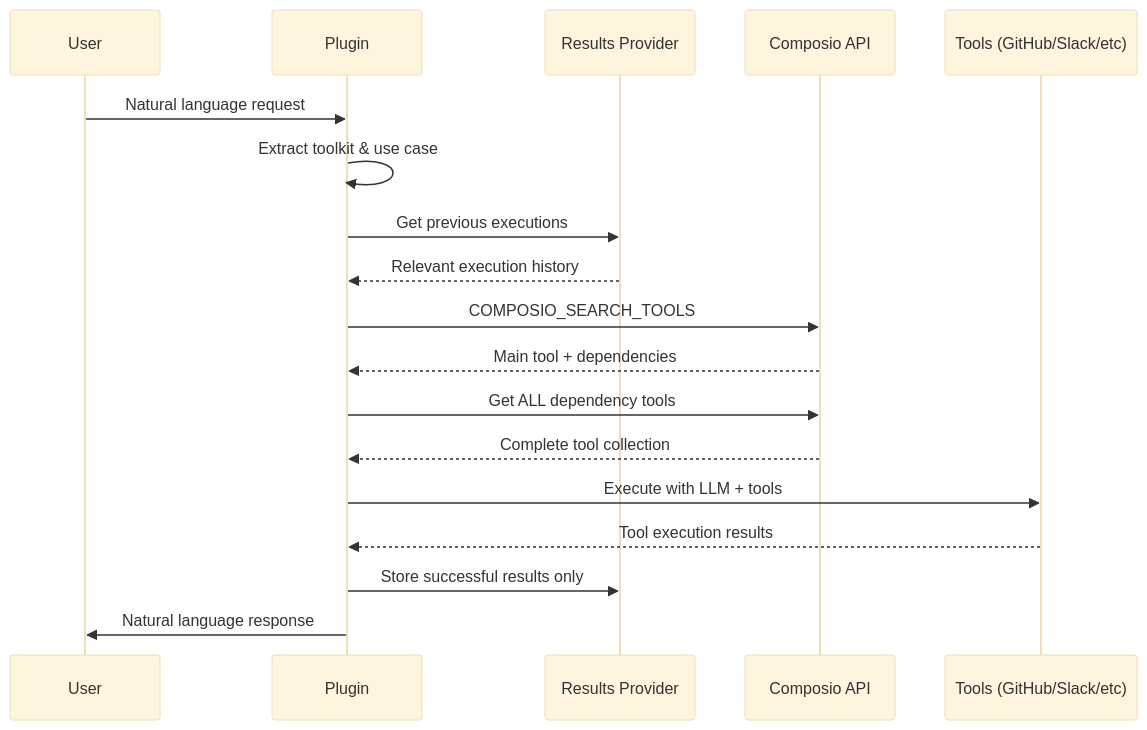
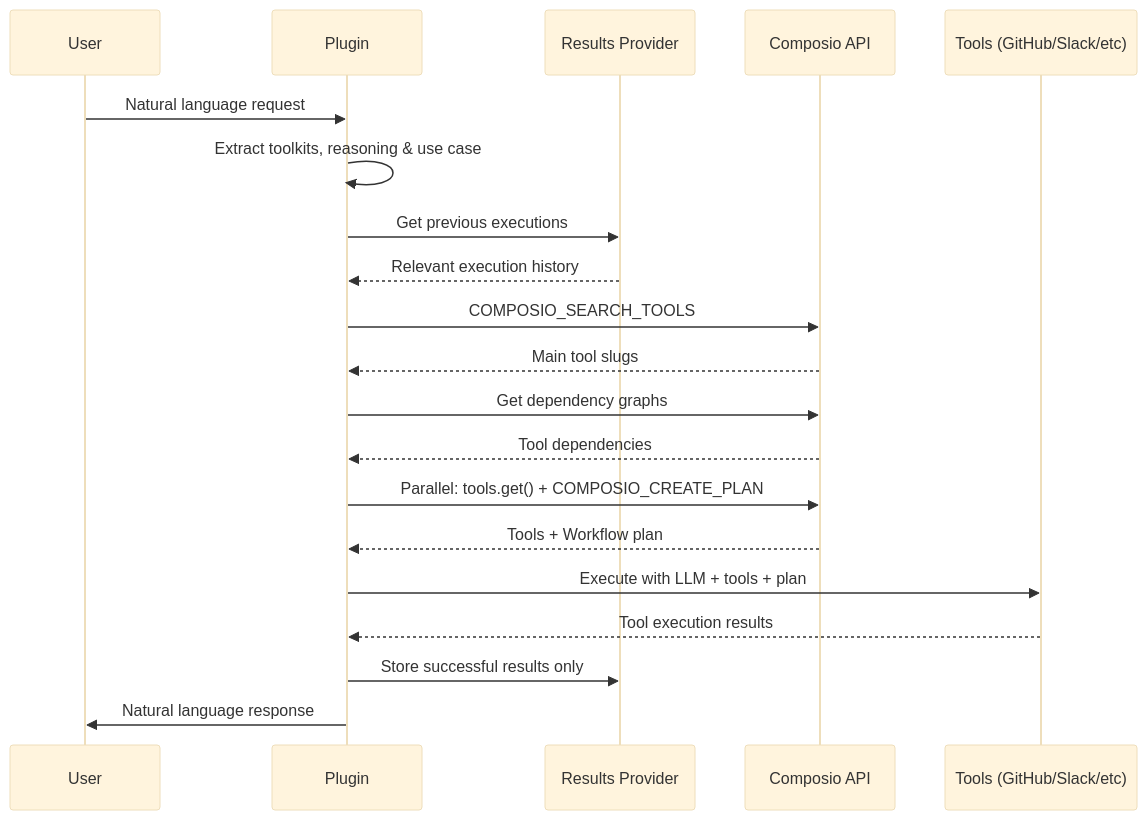
The second of 2 diagrams in README.md (standujar/plugin-composio), drawn with Mermaid (base theme) before and after one commit. The commit also changed other lines of this file and 21 other files, not shown here.

````diff
--- a/README.md
+++ b/README.md
@@ -298,21 +298,23 @@
 ```mermaid
 sequenceDiagram
     participant U as User
     participant P as Plugin
     participant R as Results Provider
     participant C as Composio API
     participant T as Tools (GitHub/Slack/etc)
-    
+
     U->>P: Natural language request
-    P->>P: Extract toolkit & use case
+    P->>P: Extract toolkits, reasoning & use case
     P->>R: Get previous executions
     R-->>P: Relevant execution history
     P->>C: COMPOSIO_SEARCH_TOOLS
-    C-->>P: Main tool + dependencies
-    P->>C: Get ALL dependency tools
-    C-->>P: Complete tool collection
-    P->>T: Execute with LLM + tools
+    C-->>P: Main tool slugs
+    P->>C: Get dependency graphs
+    C-->>P: Tool dependencies
+    P->>C: Parallel: tools.get() + COMPOSIO_CREATE_PLAN
+    C-->>P: Tools + Workflow plan
+    P->>T: Execute with LLM + tools + plan
     T-->>P: Tool execution results
     P->>R: Store successful results only
     P->>U: Natural language response
 ```
````
